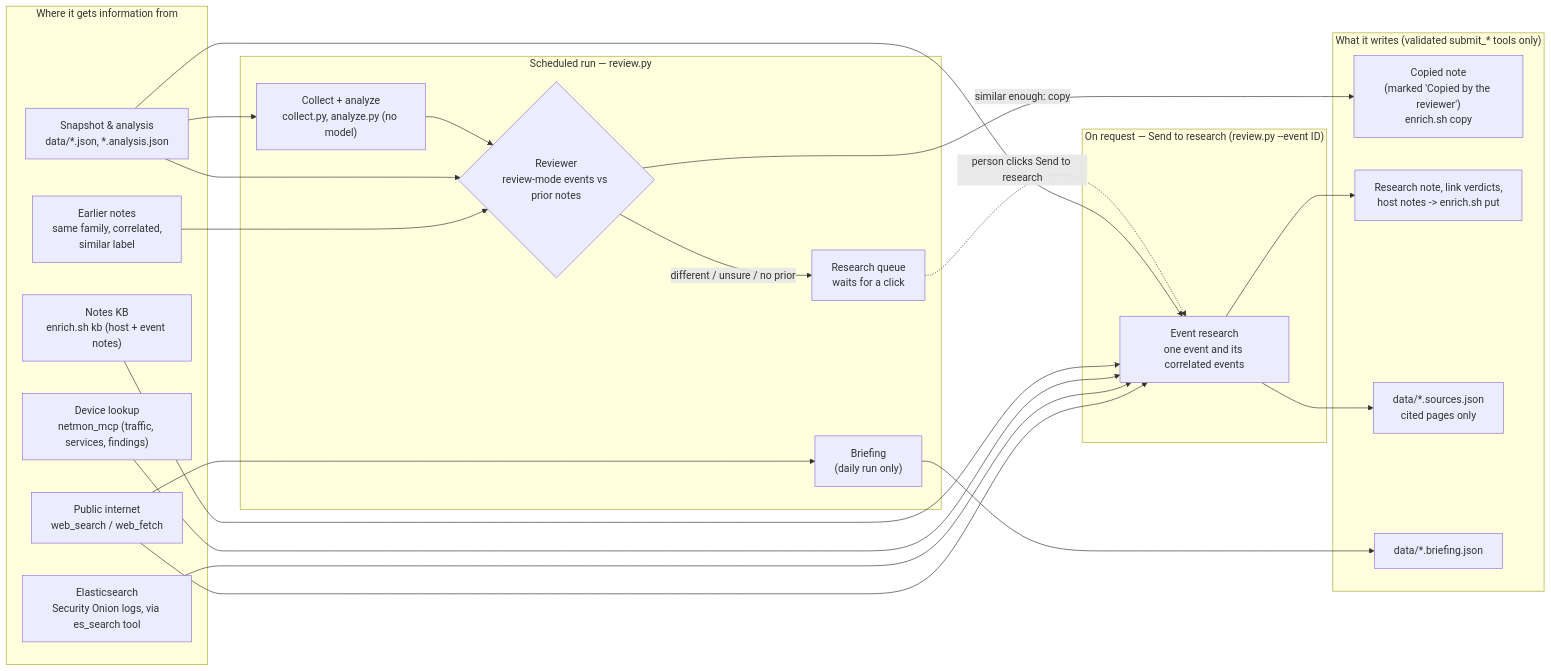
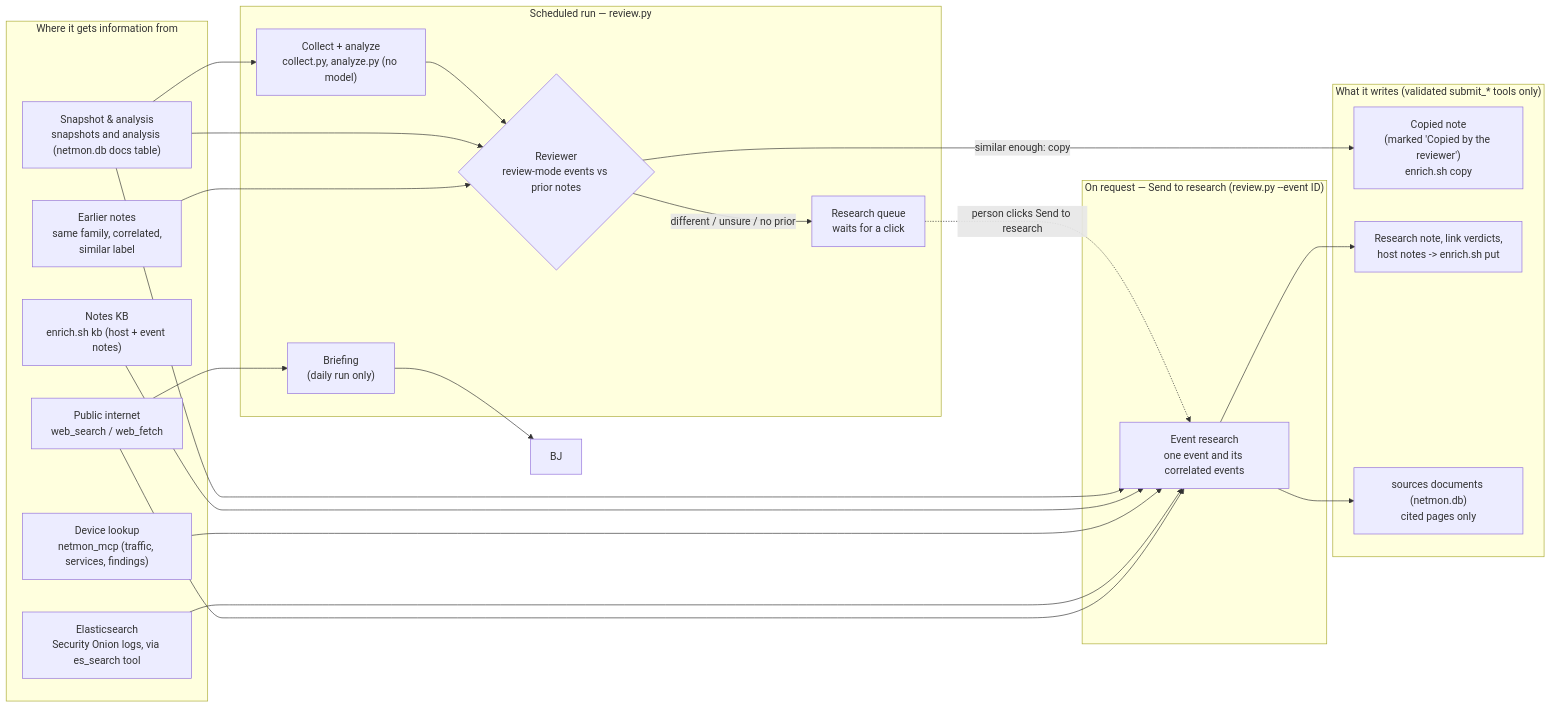
Before and after one commit to hermeslohin/netmon: the second of 3 diagrams in docs/CORRELATION.md, drawn with Mermaid. The commit also changed other lines of this file and 68 other files, not shown here.

````diff
--- a/docs/CORRELATION.md
+++ b/docs/CORRELATION.md
@@ -379,46 +383,45 @@
 ```mermaid
 flowchart LR
     subgraph SRC["Where it gets information from"]
-        SNAP["Snapshot & analysis\ndata/*.json, *.analysis.json"]
+        SNAP["Snapshot & analysis\nsnapshots and analysis (netmon.db docs table)"]
         KB["Notes KB\nenrich.sh kb (host + event notes)"]
         DEV["Device lookup\nnetmon_mcp (traffic, services, findings)"]
         ES["Elasticsearch\nSecurity Onion logs, via es_search tool"]
         WEB["Public internet\nweb_search / web_fetch"]
         PRIOR["Earlier notes\nsame family, correlated,\nsimilar label"]
     end
 
     subgraph JOB["Scheduled run — review.py"]
         C["Collect + analyze\ncollect.py, analyze.py (no model)"]
         RV{"Reviewer\nreview-mode events vs prior notes"}
         Q["Research queue\nwaits for a click"]
         B["Briefing\n(daily run only)"]
     end
 
     subgraph REQ["On request — Send to research (review.py --event ID)"]
         R["Event research\none event and its correlated events"]
     end
 
     subgraph OUT["What it writes (validated submit_* tools only)"]
         COPY["Copied note\n(marked 'Copied by the reviewer')\nenrich.sh copy"]
         NOTES["Research note, link verdicts,\nhost notes -> enrich.sh put"]
-        SRC2["data/*.sources.json\ncited pages only"]
-        BJ["data/*.briefing.json"]
+        SRC2["sources documents (netmon.db)\ncited pages only"]
     end
 
     SNAP --> C
     C --> RV
     SNAP --> RV
     PRIOR --> RV
     RV -- "similar enough: copy" --> COPY
     RV -- "different / unsure / no prior" --> Q
     Q -. "person clicks Send to research" .-> R
     SNAP --> R
     KB --> R
     DEV --> R
     ES --> R
     WEB --> R
     WEB --> B
     R --> NOTES
     R --> SRC2
     B --> BJ
 ```
````
